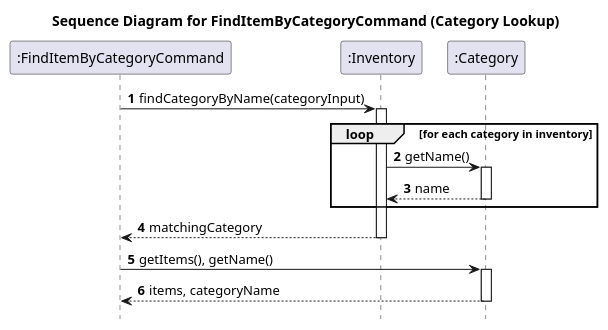
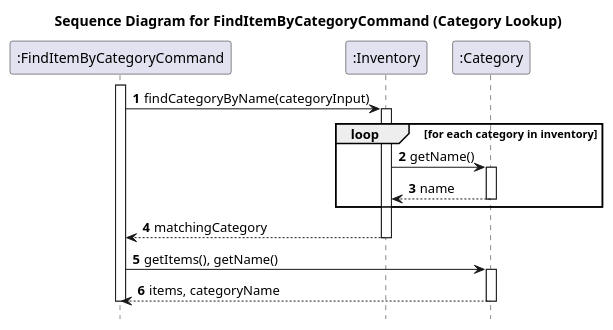
Before and after one commit to KOIiiii07/tp: the diagram in docs/diagrams/sequence/FindItemByCategoryCommandMatchingFlow.puml, drawn with PlantUML. The commit also changed 13 other files, not shown here.

Commit message:
Update all the Find Diagram

```diff
--- a/docs/diagrams/sequence/FindItemByCategoryCommandMatchingFlow.puml
+++ b/docs/diagrams/sequence/FindItemByCategoryCommandMatchingFlow.puml
@@ -1,26 +1,28 @@
 @startuml
 title Sequence Diagram for FindItemByCategoryCommand (Category Lookup)
 
 autonumber
 hide footbox
 
 participant ":FindItemByCategoryCommand" as FindItemByCategoryCommand
 participant ":Inventory" as Inventory
 participant ":Category" as Category
 
+activate FindItemByCategoryCommand
 FindItemByCategoryCommand -> Inventory: findCategoryByName(categoryInput)
 activate Inventory
 loop for each category in inventory
     Inventory -> Category: getName()
     activate Category
     Category --> Inventory: name
     deactivate Category
 end
 Inventory --> FindItemByCategoryCommand: matchingCategory
 deactivate Inventory
 
 FindItemByCategoryCommand -> Category: getItems(), getName()
 activate Category
 Category --> FindItemByCategoryCommand: items, categoryName
 deactivate Category
+deactivate FindItemByCategoryCommand
 @enduml
```
